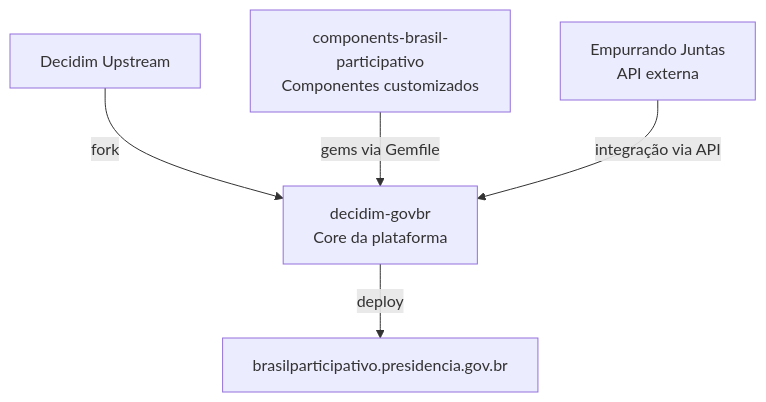
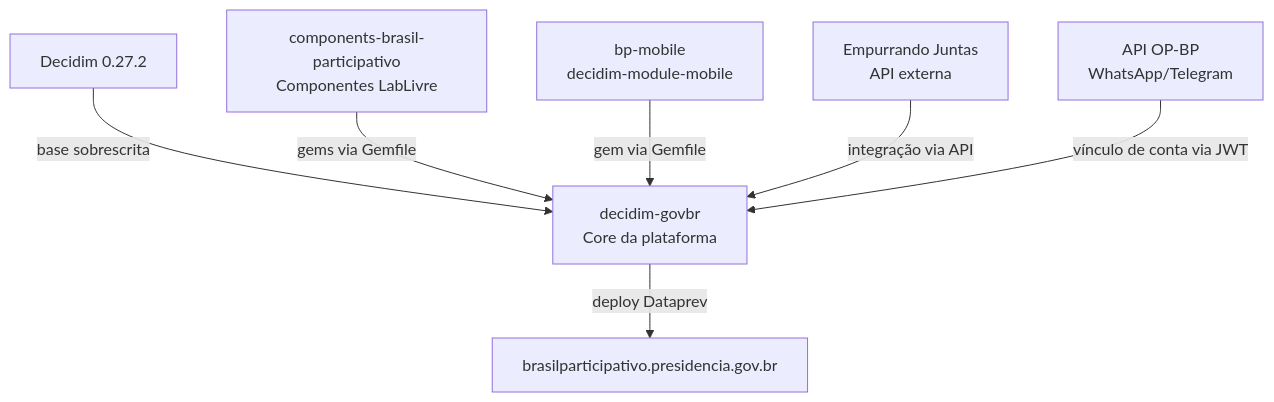
One commit to RochaCarla/doc-bp changed the diagram in docs/visao-geral/sobre.md. Above: the diagram before and after it, drawn with Mermaid. The commit also changed other lines of this file and 75 other files, not shown here.

First line of the commit message:
docs: reestrutura a documentação do Brasil Participativo

````diff
--- a/docs/visao-geral/sobre.md
+++ b/docs/visao-geral/sobre.md
@@ -14,7 +60,9 @@
 ```mermaid
 graph TD
-    UP[Decidim Upstream] -->|fork| CORE[decidim-govbr<br/>Core da plataforma]
-    COMP[components-brasil-participativo<br/>Componentes customizados] -->|gems via Gemfile| CORE
+    UP[Decidim 0.27.2] -->|base sobrescrita| CORE[decidim-govbr<br/>Core da plataforma]
+    COMP[components-brasil-participativo<br/>Componentes LabLivre] -->|gems via Gemfile| CORE
+    MOB[bp-mobile<br/>decidim-module-mobile] -->|gem via Gemfile| CORE
     EJ[Empurrando Juntas<br/>API externa] -->|integração via API| CORE
-    CORE -->|deploy| PROD[brasilparticipativo.presidencia.gov.br]
+    OPBP[API OP-BP<br/>WhatsApp/Telegram] -->|vínculo de conta via JWT| CORE
+    CORE -->|deploy Dataprev| PROD[brasilparticipativo.presidencia.gov.br]
 ```
````
